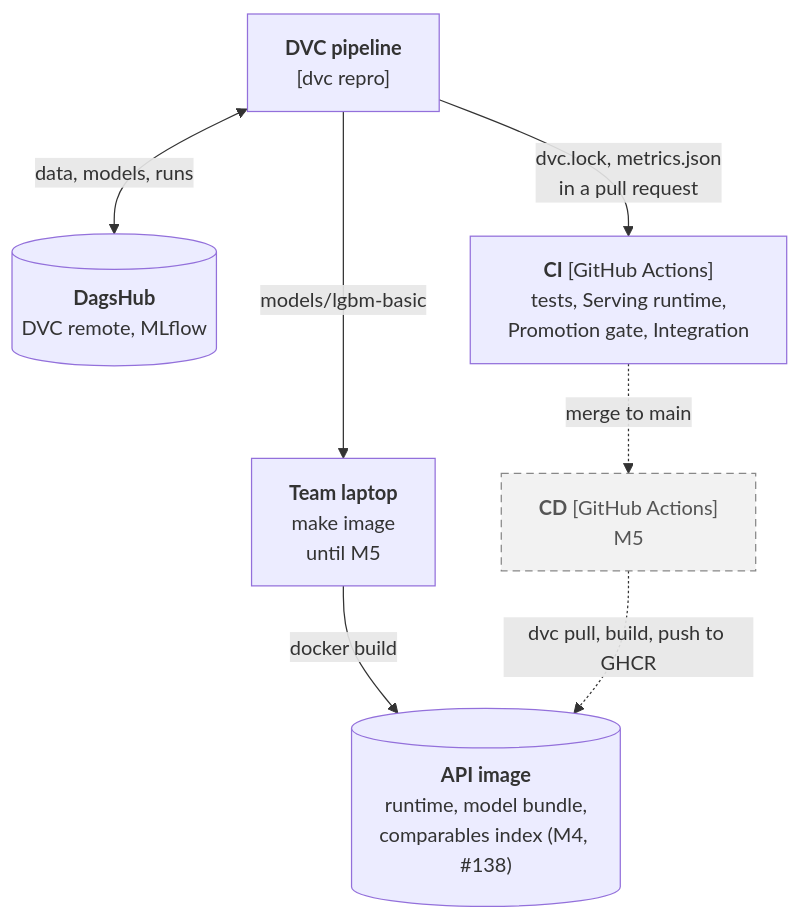
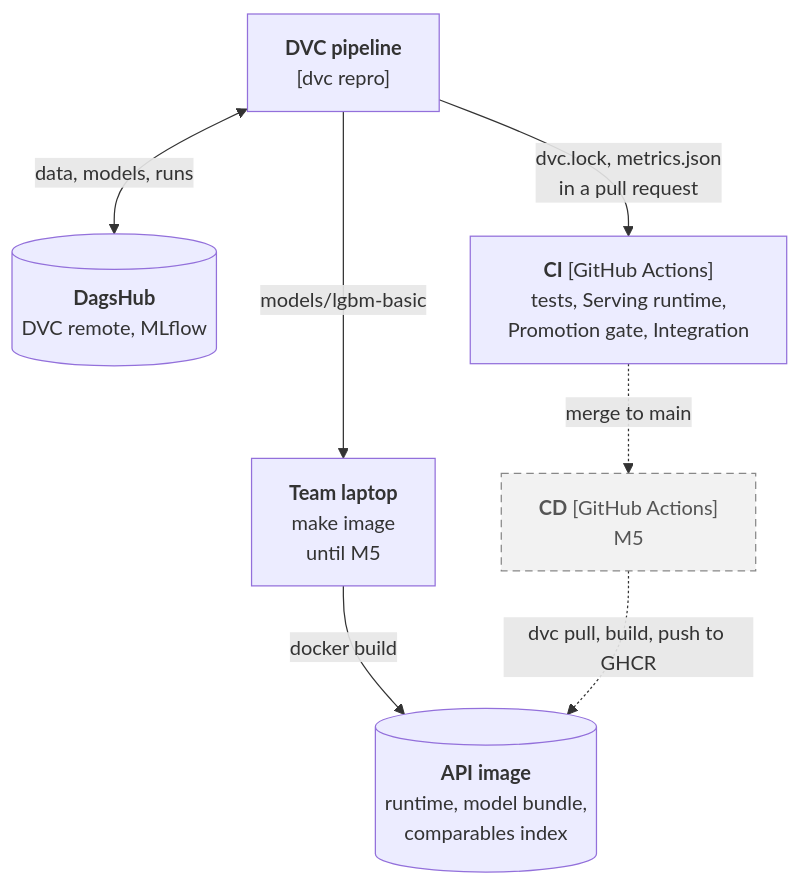
The second of 3 diagrams in docs/docs/architecture.md (mlops-2627q1-mds-upc/MLOPS_Recommenditos), drawn with Mermaid before and after one commit. The commit also changed other lines of this file and 37 other files, not shown here.

First line of the commit message:
feat: build the comparables index in the pipeline and serve it at /v1/comparables (FR-09) (#178)

````diff
--- a/docs/docs/architecture.md
+++ b/docs/docs/architecture.md
@@ -58,19 +55,19 @@
 ```mermaid
 flowchart TB
     b_dagshub[("<b>DagsHub</b><br/>DVC remote, MLflow")]
     b_dvc["<b>DVC pipeline</b><br/>[dvc repro]"]
     b_ci["<b>CI</b> [GitHub Actions]<br/>tests, Serving runtime,<br/>Promotion gate, Integration"]
     b_laptop["<b>Team laptop</b><br/>make image<br/>until M5"]
     b_cd["<b>CD</b> [GitHub Actions]<br/>M5"]
-    b_image[("<b>API image</b><br/>runtime, model bundle,<br/>comparables index (M4, #138)")]
+    b_image[("<b>API image</b><br/>runtime, model bundle,<br/>comparables index")]
 
     b_dvc <-->|"data, models, runs"| b_dagshub
     b_dvc -->|"dvc.lock, metrics.json<br/>in a pull request"| b_ci
     b_ci -.->|"merge to main"| b_cd
     b_dvc -->|"models/lgbm-basic"| b_laptop
     b_laptop -->|"docker build"| b_image
     b_cd -.->|"dvc pull, build, push to GHCR"| b_image
 
     classDef later fill:#f2f2f2,stroke:#888,color:#555,stroke-dasharray:6 4
     class b_cd later
 ```
````
